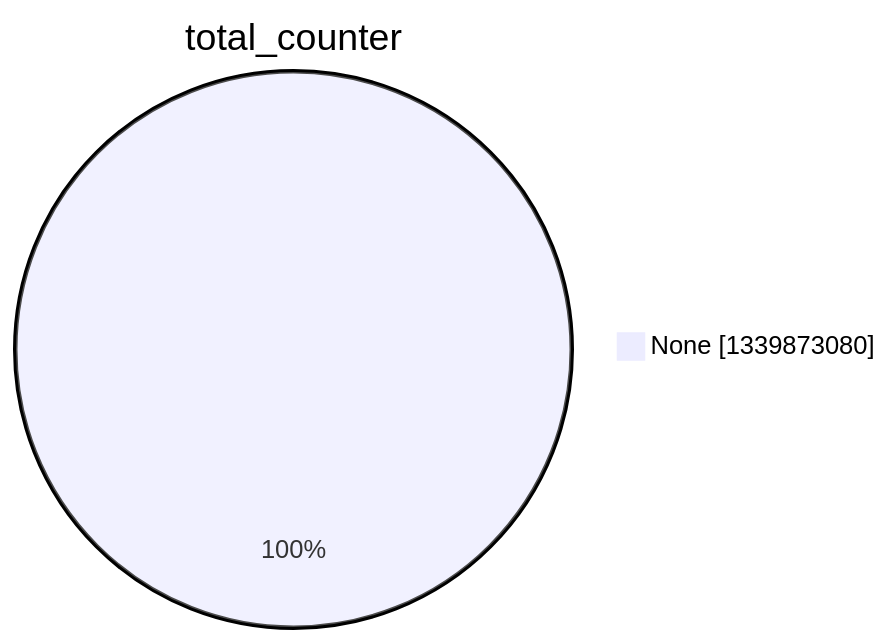
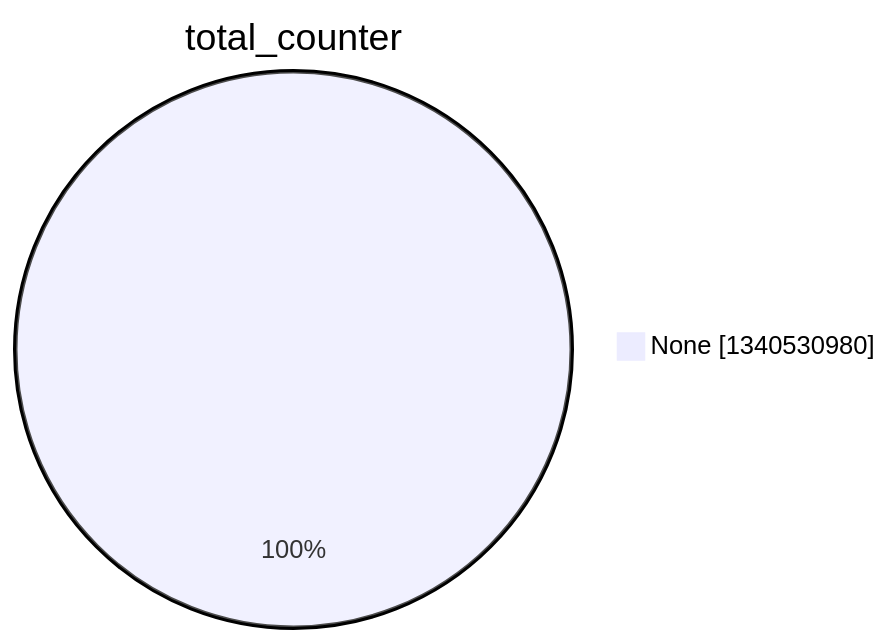
Before and after one commit to christiankrug/ctmonitor_visualization: the second of 15 diagrams in argon2022/README.md, drawn with Mermaid. The commit also changed other lines of this file, not shown here.

````diff
--- a/argon2022/README.md
+++ b/argon2022/README.md
@@ -9,5 +9,5 @@
 ```mermaid
 pie showData
 title total_counter
-"None" :1339873080
+"None" :1340530980
 ```
````
